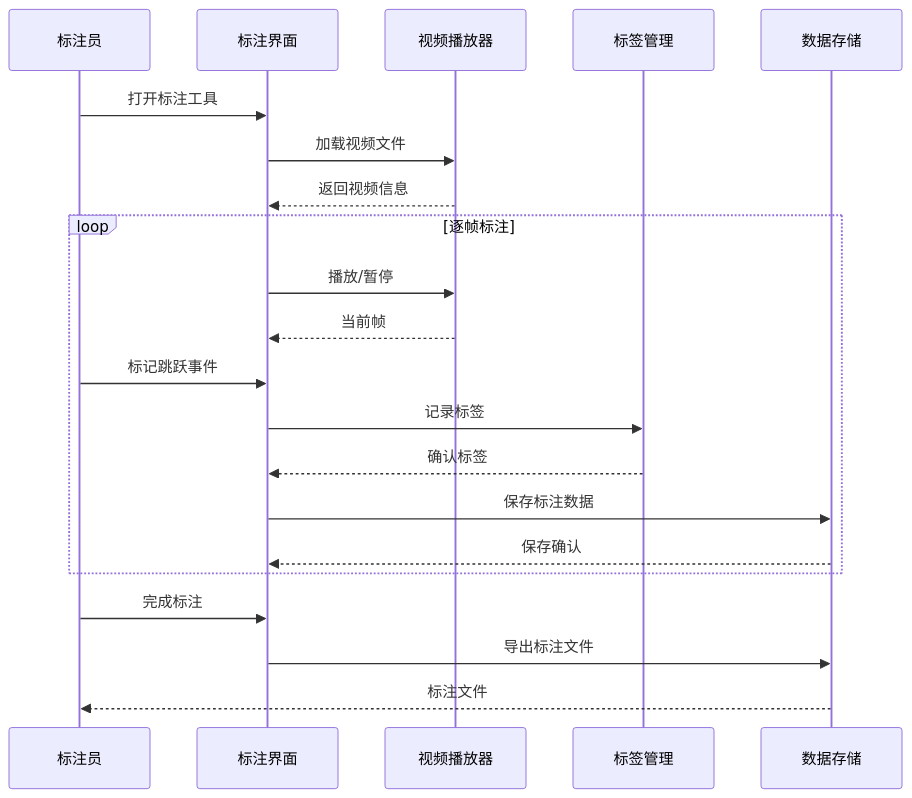
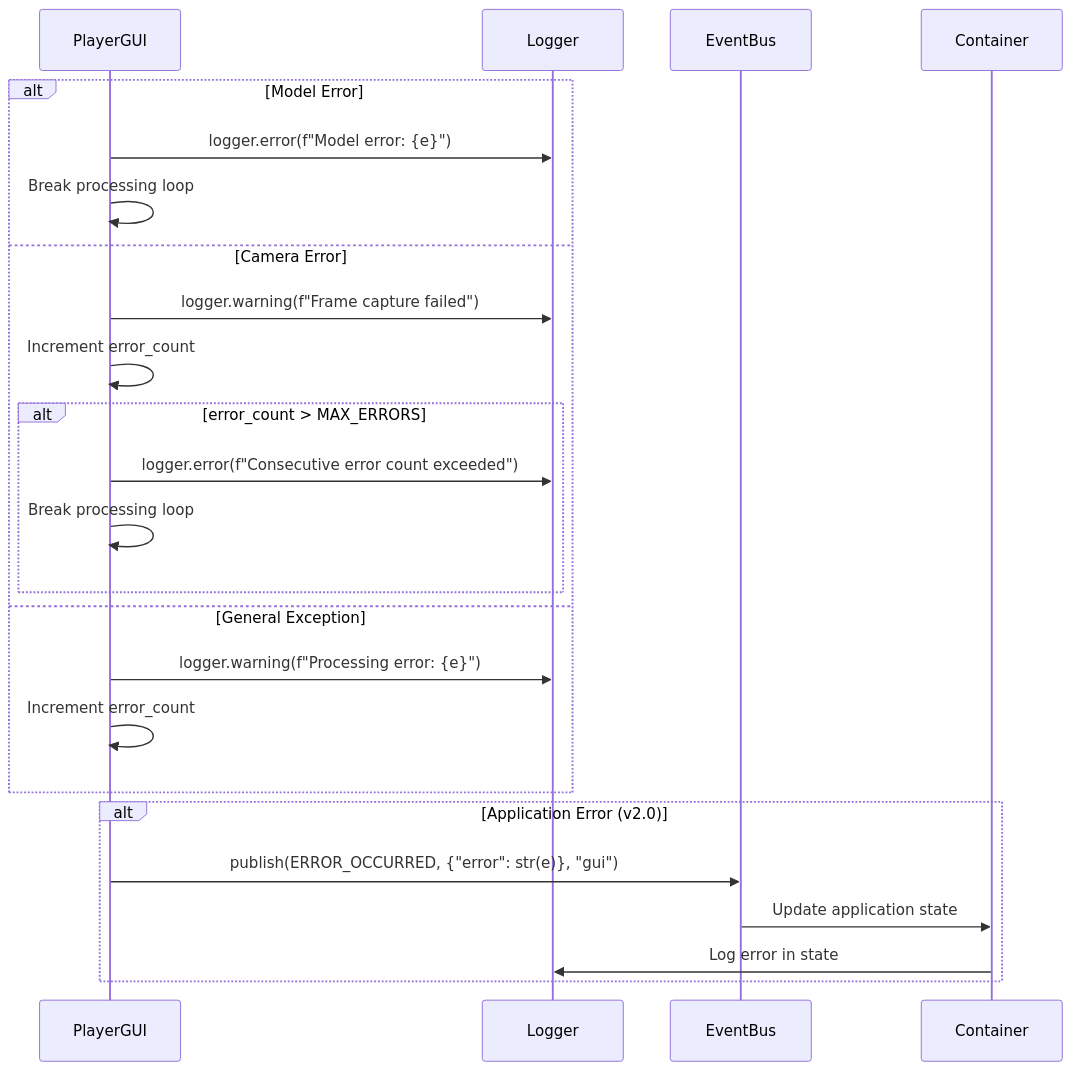
One commit to franciszero/RopeJumpCounter changed the seventh of 9 diagrams in docs/SEQUENCE_DIAGRAM.md. Above: the diagram before and after it, drawn with Mermaid. The commit also changed other lines of this file and 289 other files, not shown here.

````diff
--- a/docs/SEQUENCE_DIAGRAM.md
+++ b/docs/SEQUENCE_DIAGRAM.md
@@ -106,28 +290,32 @@
 ```mermaid
 sequenceDiagram
-    participant User as 标注员
-    participant GUI as 标注界面
-    participant Video as 视频播放器
-    participant Labels as 标签管理
-    participant Storage as 数据存储
+    participant GUI as PlayerGUI
+    participant Logger as Logger
+    participant EventBus as EventBus
+    participant Container as Container
     
-    User->>GUI: 打开标注工具
-    GUI->>Video: 加载视频文件
-    Video-->>GUI: 返回视频信息
-    
-    loop 逐帧标注
-        GUI->>Video: 播放/暂停
-        Video-->>GUI: 当前帧
+    alt Model Error
+        GUI->>Logger: logger.error(f"Model error: {e}")
+        GUI->>GUI: Break processing loop
         
-        User->>GUI: 标记跳跃事件
-        GUI->>Labels: 记录标签
-        Labels-->>GUI: 确认标签
+    else Camera Error
+        GUI->>Logger: logger.warning(f"Frame capture failed")
+        GUI->>GUI: Increment error_count
         
-        GUI->>Storage: 保存标注数据
-        Storage-->>GUI: 保存确认
+        alt error_count > MAX_ERRORS
+            GUI->>Logger: logger.error(f"Consecutive error count exceeded")
+            GUI->>GUI: Break processing loop
+        end
+        
+    else General Exception
+        GUI->>Logger: logger.warning(f"Processing error: {e}")
+        GUI->>GUI: Increment error_count
+        
     end
     
-    User->>GUI: 完成标注
-    GUI->>Storage: 导出标注文件
-    Storage-->>User: 标注文件
+    alt Application Error (v2.0)
+        GUI->>EventBus: publish(ERROR_OCCURRED, {"error": str(e)}, "gui")
+        EventBus->>Container: Update application state
+        Container->>Logger: Log error in state
+    end
 ```
````
